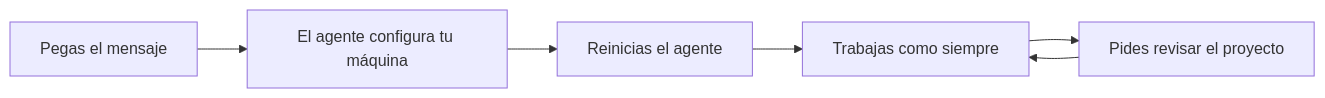
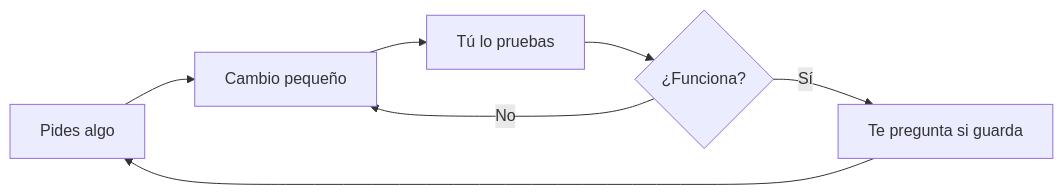
The second of 2 diagrams in README.md (Valinova/agentes-listos), drawn with Mermaid before and after one commit. The commit also changed other lines of this file and 4 other files, not shown here.

````diff
--- a/README.md
+++ b/README.md
@@ -15,8 +41,9 @@
 ```mermaid
 flowchart LR
-    A[Pegas el mensaje] --> B[El agente configura tu máquina]
-    B --> C[Reinicias el agente]
-    C --> D[Trabajas como siempre]
-    D --> E[Pides revisar el proyecto]
-    E --> D
+    A[Pides algo] --> B[Cambio pequeño]
+    B --> C[Tú lo pruebas]
+    C --> D{¿Funciona?}
+    D -->|Sí| E[Te pregunta si guarda]
+    D -->|No| B
+    E --> A
 ```
````
